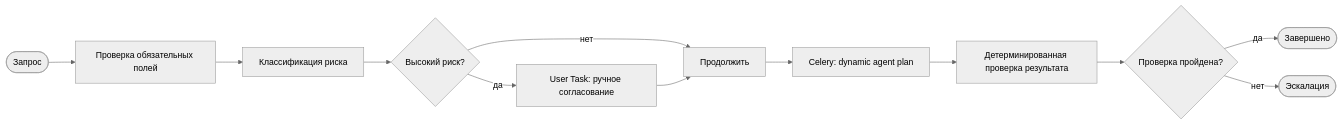
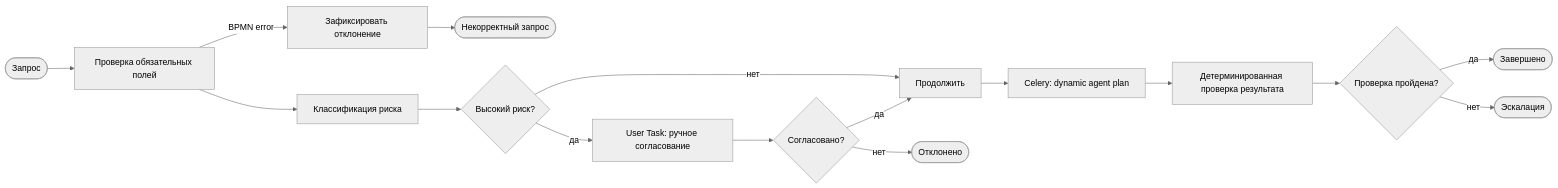
Diagram 12 of 13 in README.md (tsenturion/rag), drawn with Mermaid (neutral theme) before and after one commit. The commit also changed other lines of this file and 12 other files, not shown here.

````diff
--- a/README.md
+++ b/README.md
@@ -3876,14 +3878,18 @@
 ```mermaid
 flowchart LR
     Start(["Запрос"]) --> Validate["Проверка обязательных полей"]
     Validate --> Classify["Классификация риска"]
+    Validate -- "BPMN error" --> RejectInvalid["Зафиксировать отклонение"]
+    RejectInvalid --> InvalidEnd(["Некорректный запрос"])
     Classify --> Risk{"Высокий риск?"}
     Risk -- "да" --> Approval["User Task: ручное согласование"]
     Risk -- "нет" --> Merge["Продолжить"]
-    Approval --> Merge
+    Approval --> Decision{"Согласовано?"}
+    Decision -- "да" --> Merge
+    Decision -- "нет" --> Rejected(["Отклонено"])
     Merge --> Agent["Celery: dynamic agent plan"]
     Agent --> Verify["Детерминированная проверка результата"]
     Verify --> Accepted{"Проверка пройдена?"}
     Accepted -- "да" --> Done(["Завершено"])
     Accepted -- "нет" --> Escalate(["Эскалация"])
 ```
````
